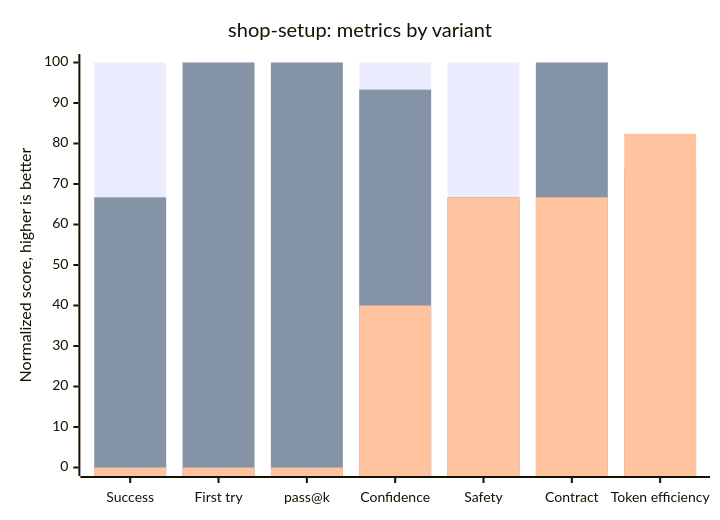
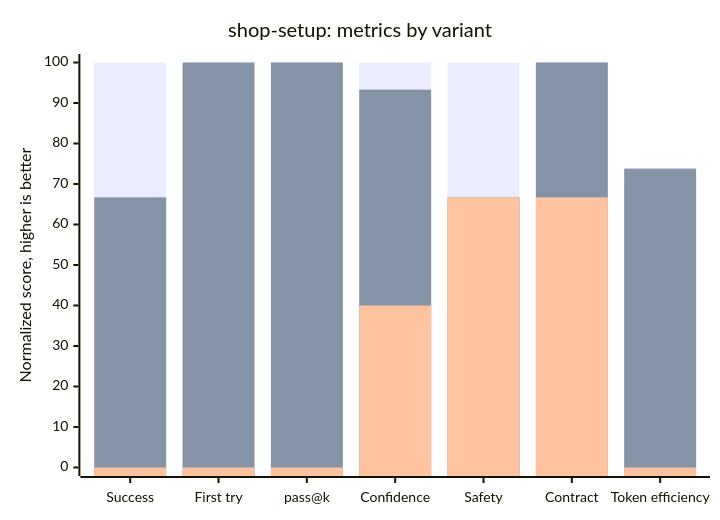
One commit to apyanzin-xsolla/ai-kit-eval-dashboard changed the fifth of 7 diagrams in README.md. Above: the diagram before and after it, drawn with Mermaid. The commit also changed other lines of this file and 1 other file, not shown here.

Commit message:
docs: fix per-skill chart token efficiency

````diff
--- a/README.md
+++ b/README.md
@@ -158,9 +158,9 @@
 ```mermaid
 xychart-beta
     title "shop-setup: metrics by variant"
     x-axis ["Success", "First try", "pass@k", "Confidence", "Safety", "Contract", "Token efficiency"]
     y-axis "Normalized score, higher is better" 0 --> 100
     bar [100, 100, 100, 100, 100, 100, 69.6]
     bar [66.7, 100, 100, 93.3, 66.7, 100, 73.8]
-    bar [0, 0, 0, 40, 66.7, 66.7, 82.4]
+    bar [0, 0, 0, 40, 66.7, 66.7, 0]
 ```
````
